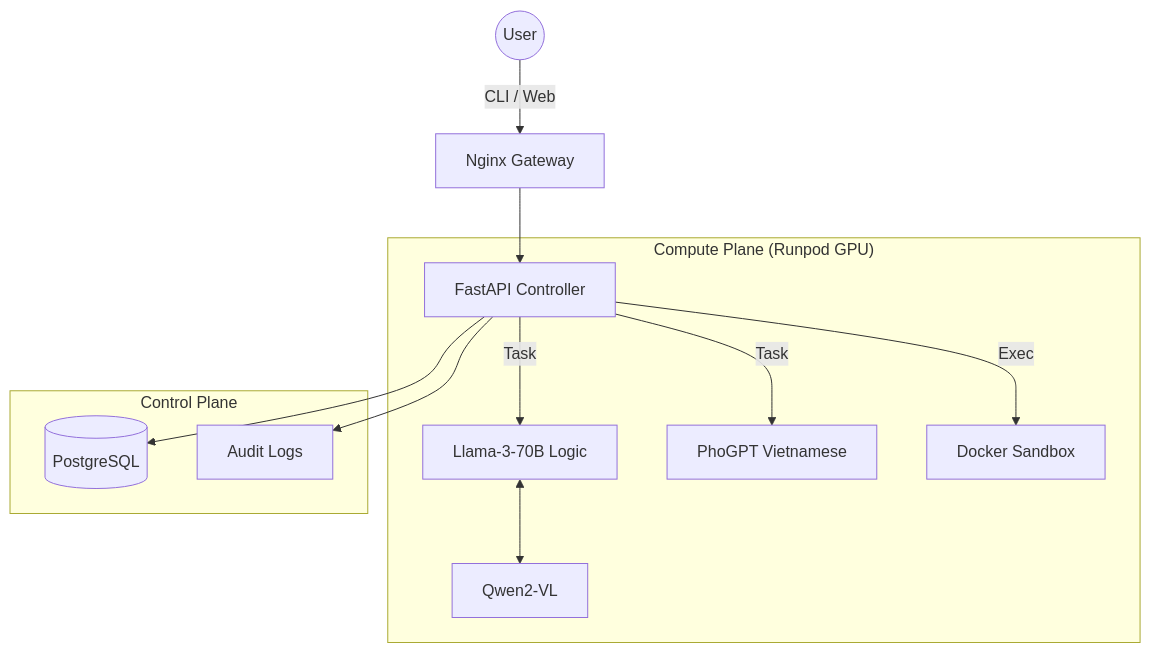
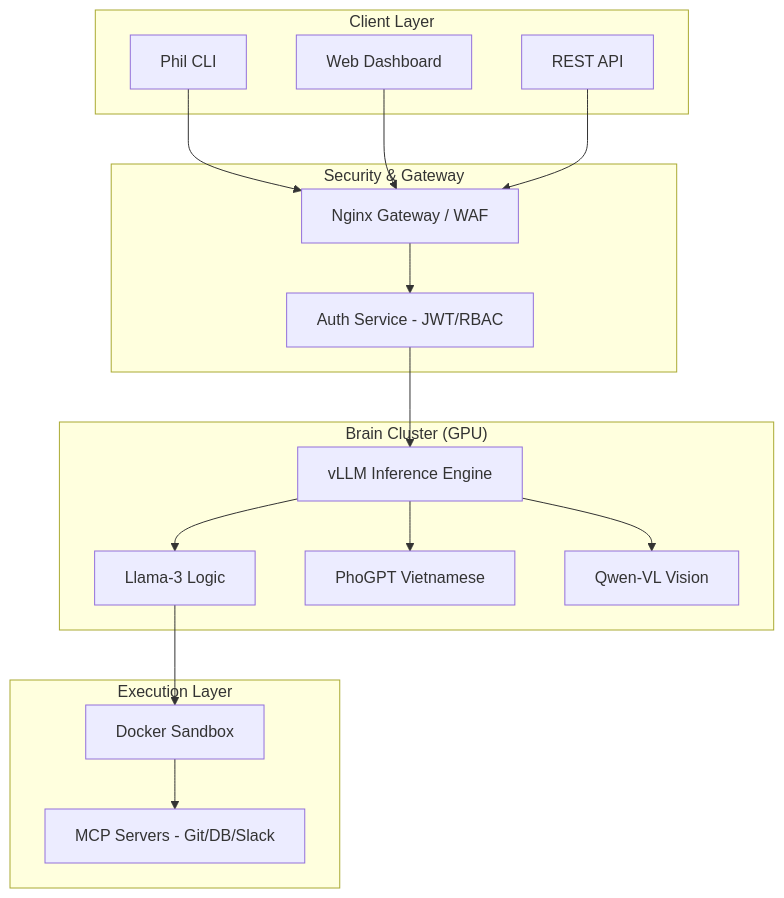
One commit to hoang0650/phil-cli changed the diagram in README.md. Above: the diagram before and after it, drawn with Mermaid. The commit also changed other lines of this file and 4 other files, not shown here.

````diff
--- a/README.md
+++ b/README.md
@@ -37,17 +53,32 @@
 ```mermaid
 graph TD
-    User((User)) -->|CLI / Web| Gateway[Nginx Gateway]
-    Gateway --> API[FastAPI Controller]
-
-    subgraph "Compute Plane (Runpod GPU)"
-        API -->|Task| Llama[Llama-3-70B Logic]
-        API -->|Task| PhoGPT[PhoGPT Vietnamese]
-        API -->|Exec| Sandbox[Docker Sandbox]
-        Llama <--> Vision[Qwen2-VL]
+    subgraph "Client Layer"
+        CLI[Phil CLI]
+        Web[Web Dashboard]
+        API[REST API]
     end
 
-    subgraph "Control Plane"
-        API --> DB[(PostgreSQL)]
-        API --> Logs[Audit Logs]
+    subgraph "Security & Gateway"
+        Nginx[Nginx Gateway / WAF]
+        Auth[Auth Service - JWT/RBAC]
     end
+
+    subgraph "Brain Cluster (GPU)"
+        vLLM[vLLM Inference Engine]
+        Llama[Llama-3 Logic]
+        PhoGPT[PhoGPT Vietnamese]
+        Qwen[Qwen-VL Vision]
+    end
+
+    subgraph "Execution Layer"
+        Sandbox[Docker Sandbox]
+        MCP[MCP Servers - Git/DB/Slack]
+    end
+
+    CLI & Web & API --> Nginx
+    Nginx --> Auth
+    Auth --> vLLM
+    vLLM --> Llama & PhoGPT & Qwen
+    Llama --> Sandbox
+    Sandbox --> MCP
 ```
````
